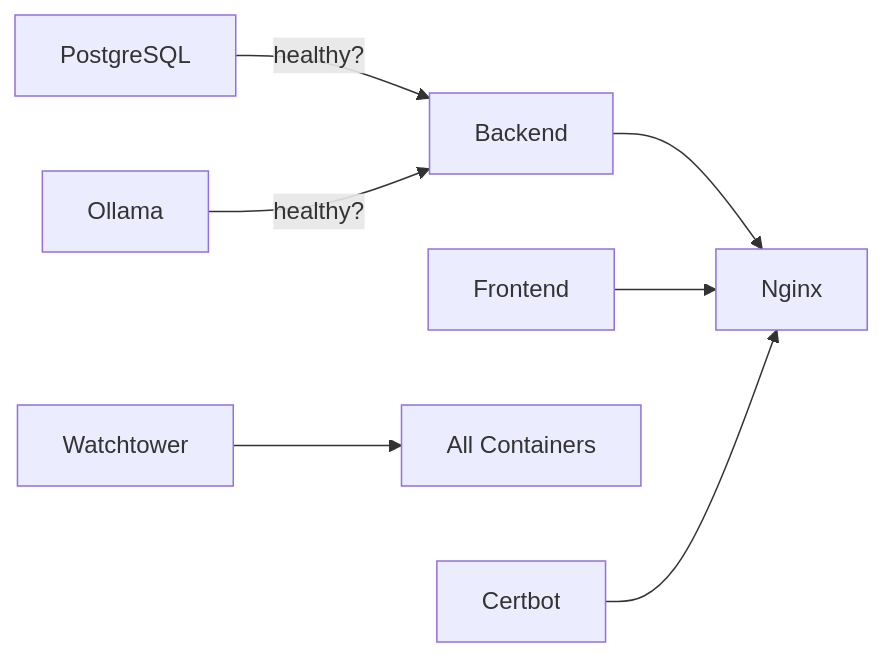
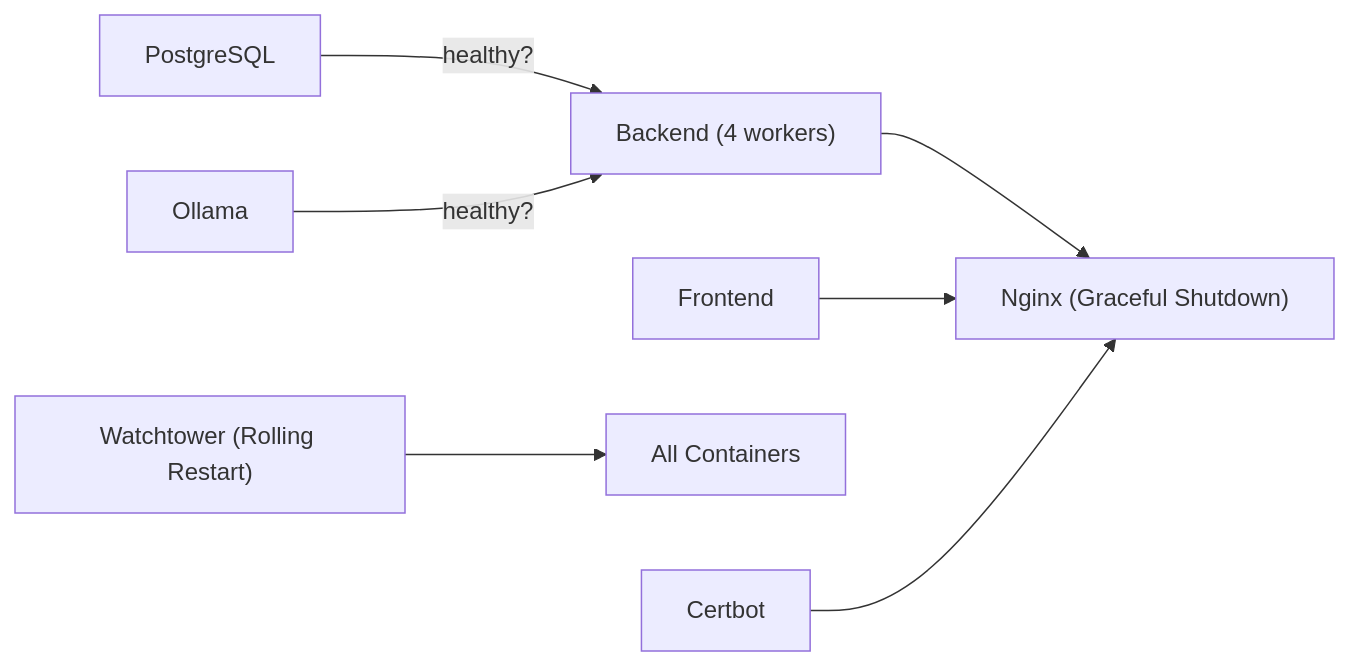
One commit to Revanththetalogics/aireume changed the fifth of 7 diagrams in .qoder/repowiki/en/content/Deployment & DevOps/Deployment & DevOps.md. Above: the diagram before and after it, drawn with Mermaid. The commit also changed other lines of this file and 33 other files, not shown here.

````diff
--- a/.qoder/repowiki/en/content/Deployment & DevOps/Deployment & DevOps.md
+++ b/.qoder/repowiki/en/content/Deployment & DevOps/Deployment & DevOps.md
@@ -214,9 +224,9 @@
 ```mermaid
 graph LR
-Postgres["PostgreSQL"] -- "healthy?" --> Backend["Backend"]
+Postgres["PostgreSQL"] -- "healthy?" --> Backend["Backend (4 workers)"]
 Ollama["Ollama"] -- "healthy?" --> Backend
-Backend --> Nginx["Nginx"]
+Backend --> Nginx["Nginx (Graceful Shutdown)"]
 Frontend["Frontend"] --> Nginx
-Watchtower["Watchtower"] --> Containers["All Containers"]
+Watchtower["Watchtower (Rolling Restart)"] --> Containers["All Containers"]
 Certbot["Certbot"] --> Nginx
 ```
````
